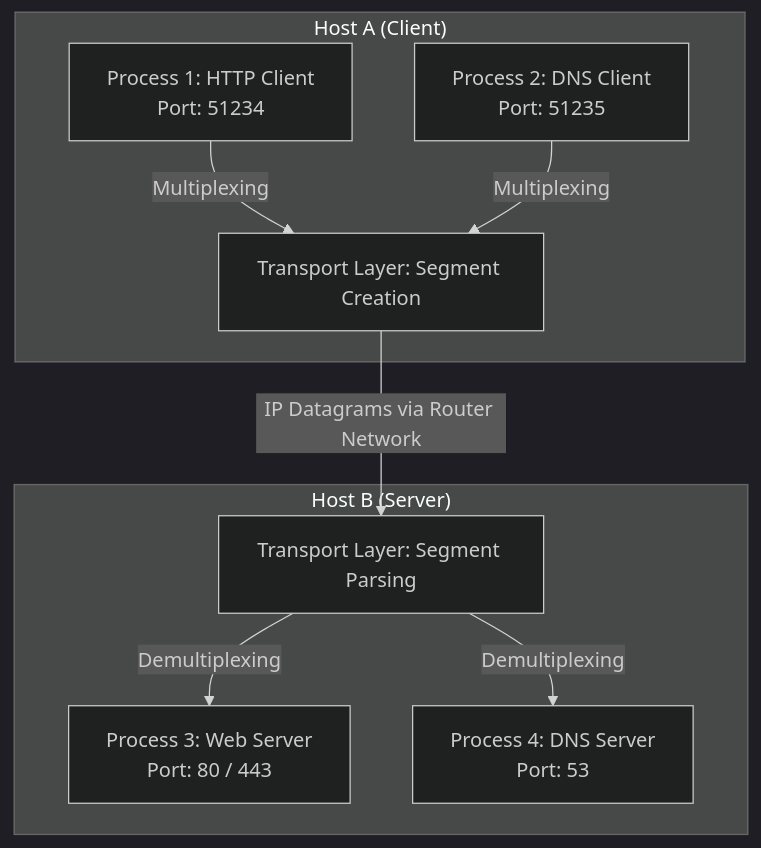
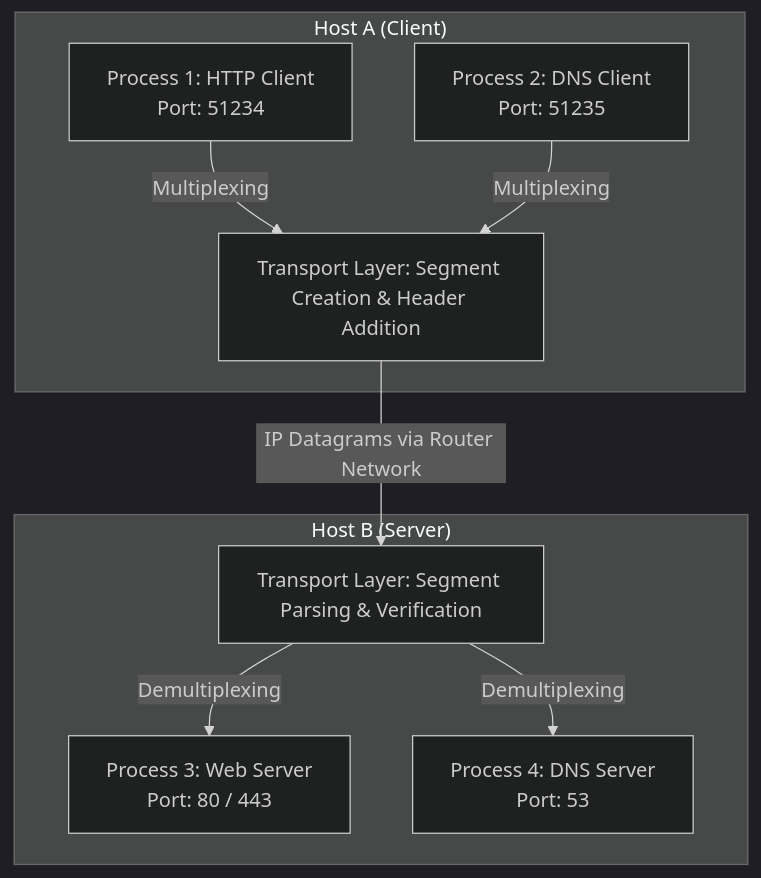
The first of 8 diagrams in Wiki/Chapter 3 - Transport Layer.md (kanomoo/computer-network-and-Internet), drawn with Mermaid (dark theme) before and after one commit. The commit also changed other lines of this file and 3 other files, not shown here.

Commit message:
feat: add Transport Layer slide notes and update workspace configuration

````diff
--- a/Wiki/Chapter 3 - Transport Layer.md
+++ b/Wiki/Chapter 3 - Transport Layer.md
@@ -30,15 +39,15 @@
 ```mermaid
 flowchart TD
     subgraph Host_A ["Host A (Client)"]
         P1["Process 1: HTTP Client<br/>Port: 51234"]
         P2["Process 2: DNS Client<br/>Port: 51235"]
-        P1 & P2 -->|Multiplexing| TransportA[Transport Layer: Segment Creation]
+        P1 & P2 -->|Multiplexing| TransportA[Transport Layer: Segment Creation & Header Addition]
     end
 
     TransportA -->|IP Datagrams via Router Network| TransportB
 
     subgraph Host_B ["Host B (Server)"]
-        TransportB[Transport Layer: Segment Parsing] -->|Demultiplexing| P3["Process 3: Web Server<br/>Port: 80 / 443"]
+        TransportB[Transport Layer: Segment Parsing & Verification] -->|Demultiplexing| P3["Process 3: Web Server<br/>Port: 80 / 443"]
         TransportB -->|Demultiplexing| P4["Process 4: DNS Server<br/>Port: 53"]
     end
 ```
````
